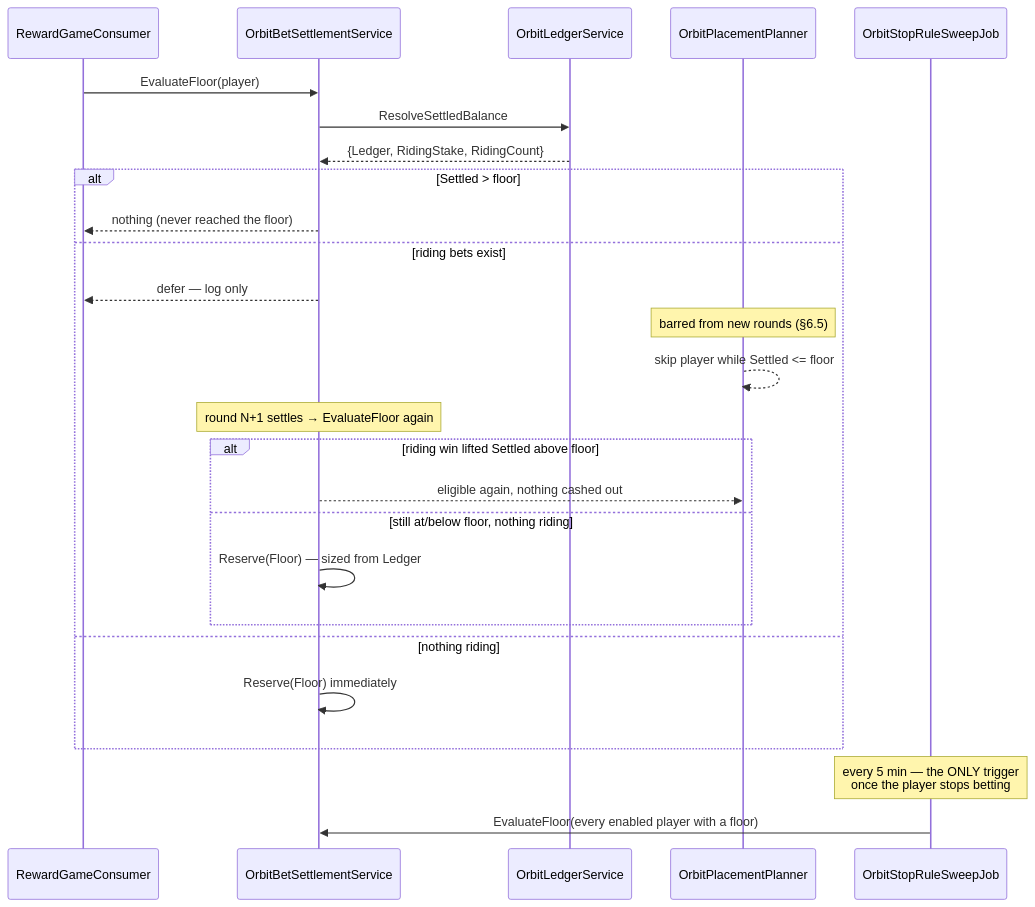
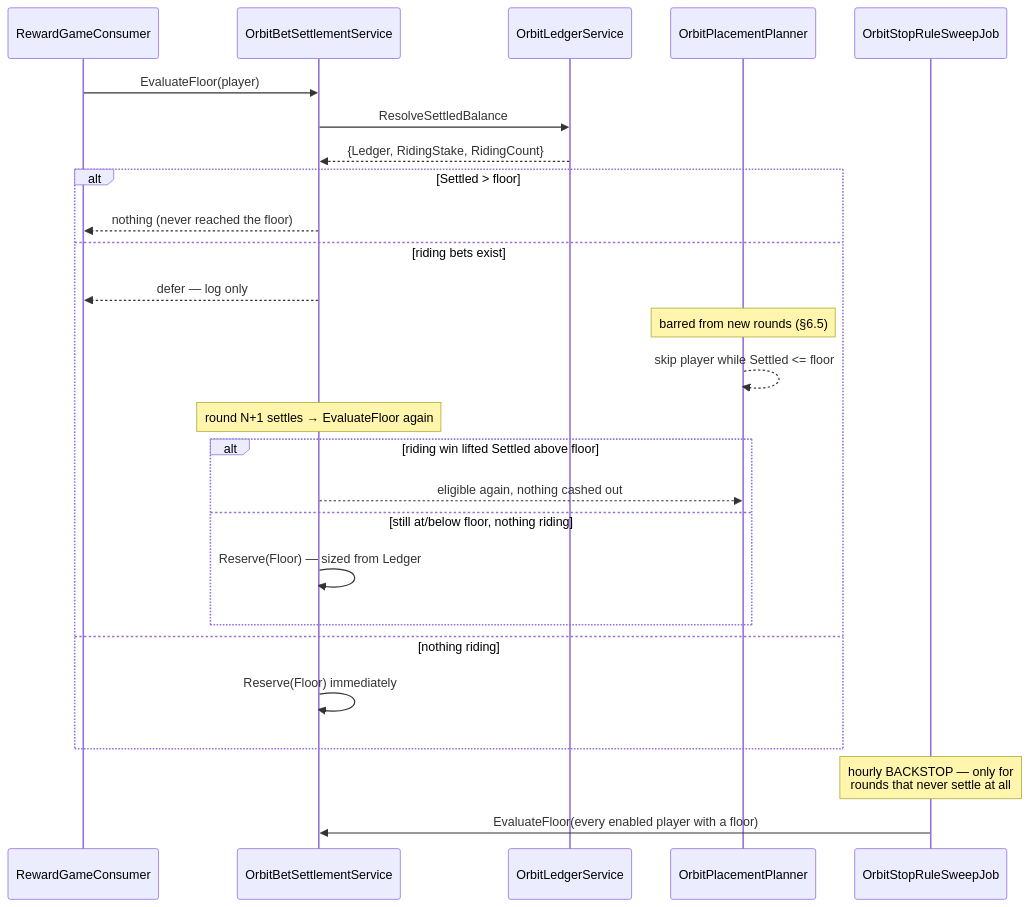
The second of 2 diagrams in specs/orbit-stop-loss-trigger.md (marcusruas/monkify-meta), drawn with Mermaid before and after one commit. The commit also changed other lines of this file and 1 other file, not shown here.

First line of the commit message:
Restate the stop-rule sweep in the spec and INDEX: hourly backstop.

````diff
--- a/specs/orbit-stop-loss-trigger.md
+++ b/specs/orbit-stop-loss-trigger.md
@@ -608,29 +610,29 @@
 ```mermaid
 sequenceDiagram
     participant RW as RewardGameConsumer
     participant S as OrbitBetSettlementService
     participant L as OrbitLedgerService
     participant P as OrbitPlacementPlanner
     participant J as OrbitStopRuleSweepJob
 
     RW->>S: EvaluateFloor(player)
     S->>L: ResolveSettledBalance
     L-->>S: {Ledger, RidingStake, RidingCount}
     alt Settled > floor
         S-->>RW: nothing (never reached the floor)
     else riding bets exist
         S-->>RW: defer — log only
         Note over P: barred from new rounds (§6.5)
         P-->>P: skip player while Settled <= floor
         Note over S: round N+1 settles → EvaluateFloor again
         alt riding win lifted Settled above floor
             S-->>P: eligible again, nothing cashed out
         else still at/below floor, nothing riding
             S->>S: Reserve(Floor) — sized from Ledger
         end
     else nothing riding
         S->>S: Reserve(Floor) immediately
     end
-    Note over J: every 5 min — the ONLY trigger<br/>once the player stops betting
+    Note over J: hourly BACKSTOP — only for<br/>rounds that never settle at all
     J->>S: EvaluateFloor(every enabled player with a floor)
 ```
````
